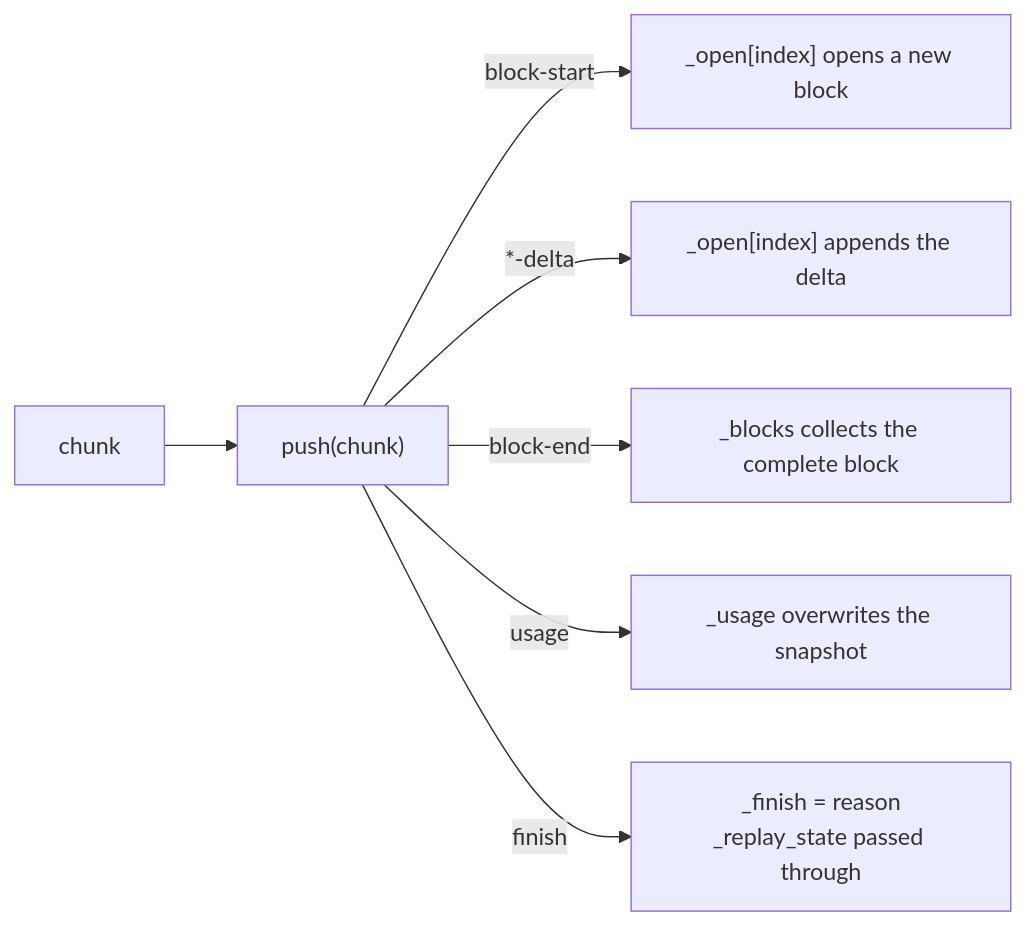
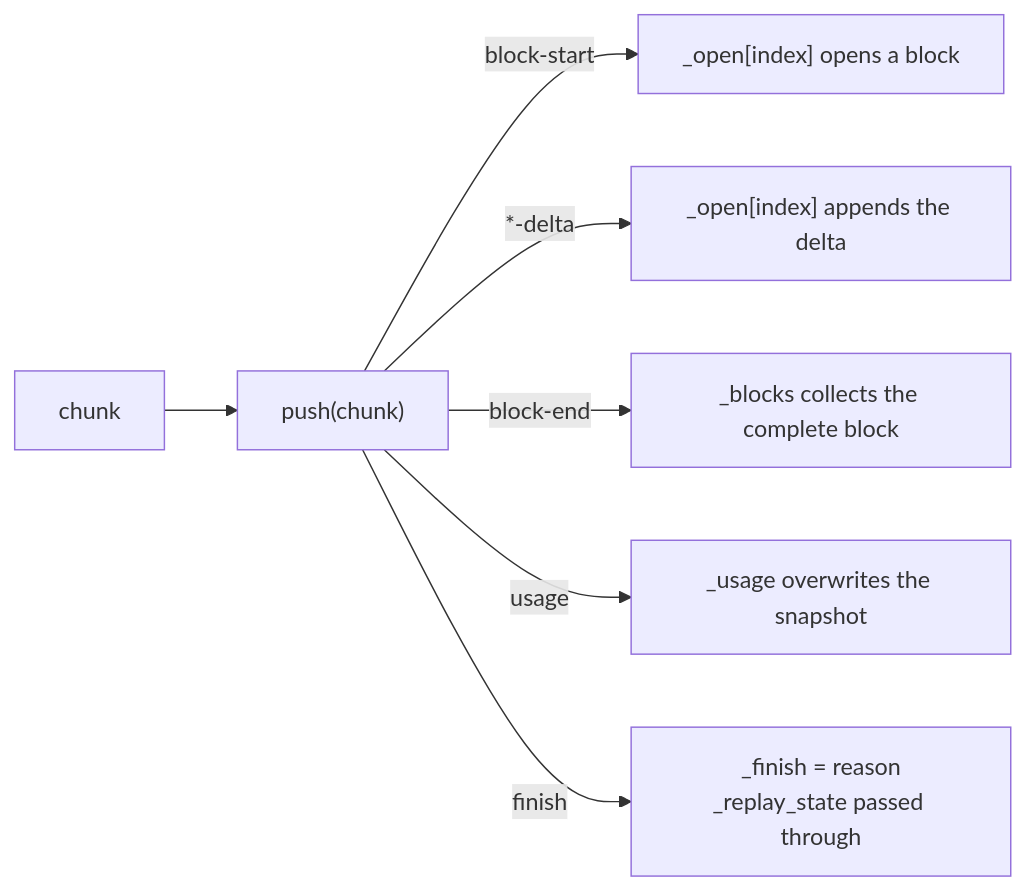
The second of 5 diagrams in ch07/ch07-llm-adaptation-streaming_en.md (ChenYu1991ppak/deepseek-harness-anatomy), drawn with Mermaid before and after one commit. The commit also changed other lines of this file and 124 other files, not shown here.

````diff
--- a/ch07/ch07-llm-adaptation-streaming_en.md
+++ b/ch07/ch07-llm-adaptation-streaming_en.md
@@ -218,9 +227,9 @@
 ```mermaid
 flowchart LR
     IN["chunk"] --> P["push(chunk)"]
-    P -- block-start --> OPEN["_open[index] opens a new block"]
+    P -- block-start --> OPEN["_open[index] opens a block"]
     P -- "*-delta" --> ACC["_open[index] appends the delta"]
     P -- block-end --> DONE["_blocks collects the complete block"]
     P -- usage --> U["_usage overwrites the snapshot"]
     P -- finish --> F["_finish = reason<br/>_replay_state passed through"]
 ```
````
